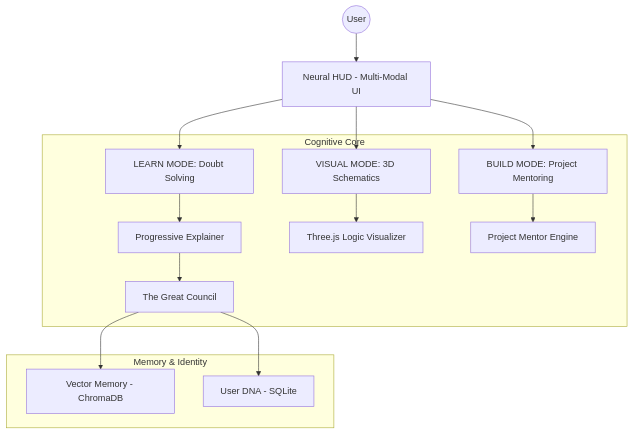
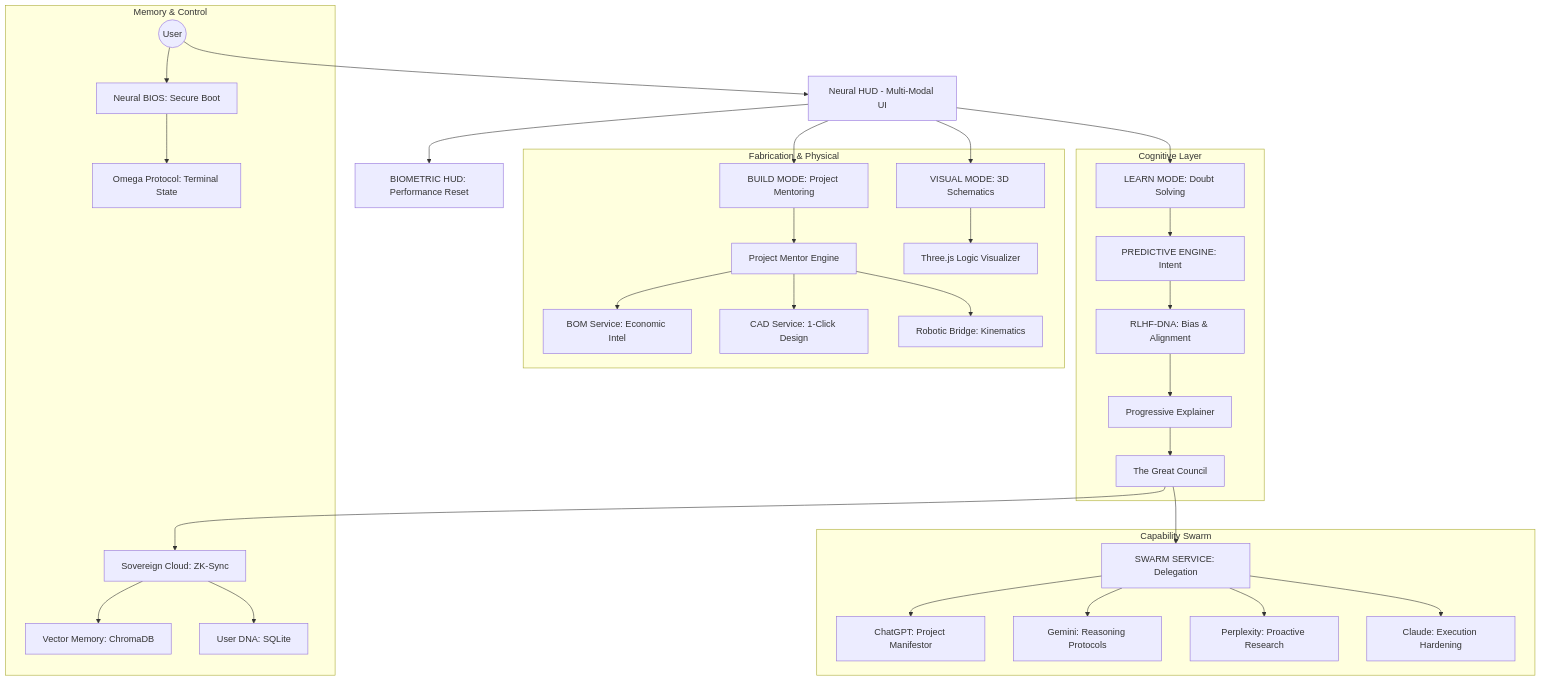
The diagram in README.md (Adityavanjre/Project-K), drawn with Mermaid before and after one commit. The commit also changed other lines of this file and 191 other files, not shown here.

````diff
--- a/README.md
+++ b/README.md
@@ -40,19 +60,39 @@
 ```mermaid
 graph TD
     User((User)) --> NeuralHUD[Neural HUD - Multi-Modal UI]
     NeuralHUD --> Learn[LEARN MODE: Doubt Solving]
     NeuralHUD --> Visual[VISUAL MODE: 3D Schematics]
     NeuralHUD --> Build[BUILD MODE: Project Mentoring]
+    NeuralHUD --> Bio[BIOMETRIC HUD: Performance Reset]
     
-    subgraph Cognitive Core
-        Learn --> Explainer[Progressive Explainer]
-        Visual --> ThreeJS[Three.js Logic Visualizer]
-        Build --> Mentor[Project Mentor Engine]
+    subgraph Cognitive Layer
+        Learn --> Predict[PREDICTIVE ENGINE: Intent]
+        Predict --> RLHF[RLHF-DNA: Bias & Alignment]
+        RLHF --> Explainer[Progressive Explainer]
         Explainer --> Council[The Great Council]
     end
+
+    subgraph Capability Swarm
+        Council --> Swarm[SWARM SERVICE: Delegation]
+        Swarm --> GPT[ChatGPT: Project Manifestor]
+        Swarm --> GEM[Gemini: Reasoning Protocols]
+        Swarm --> PXP[Perplexity: Proactive Research]
+        Swarm --> CLD[Claude: Execution Hardening]
+    end
+
+    subgraph Fabrication & Physical
+        Build --> Mentor[Project Mentor Engine]
+        Visual --> ThreeJS[Three.js Logic Visualizer]
+        Mentor --> BOM[BOM Service: Economic Intel]
+        Mentor --> CAD[CAD Service: 1-Click Design]
+        Mentor --> Robotic[Robotic Bridge: Kinematics]
+    end
     
-    subgraph Memory & Identity
-        Council --> Vector[Vector Memory - ChromaDB]
-        Council --> DNA[User DNA - SQLite]
+    subgraph Memory & Control
+        Council --> Cloud[Sovereign Cloud: ZK-Sync]
+        Cloud --> Vector[Vector Memory: ChromaDB]
+        Cloud --> DNA[User DNA: SQLite]
+        User --> BIOS[Neural BIOS: Secure Boot]
+        BIOS --> Omega[Omega Protocol: Terminal State]
     end
 ```
````
